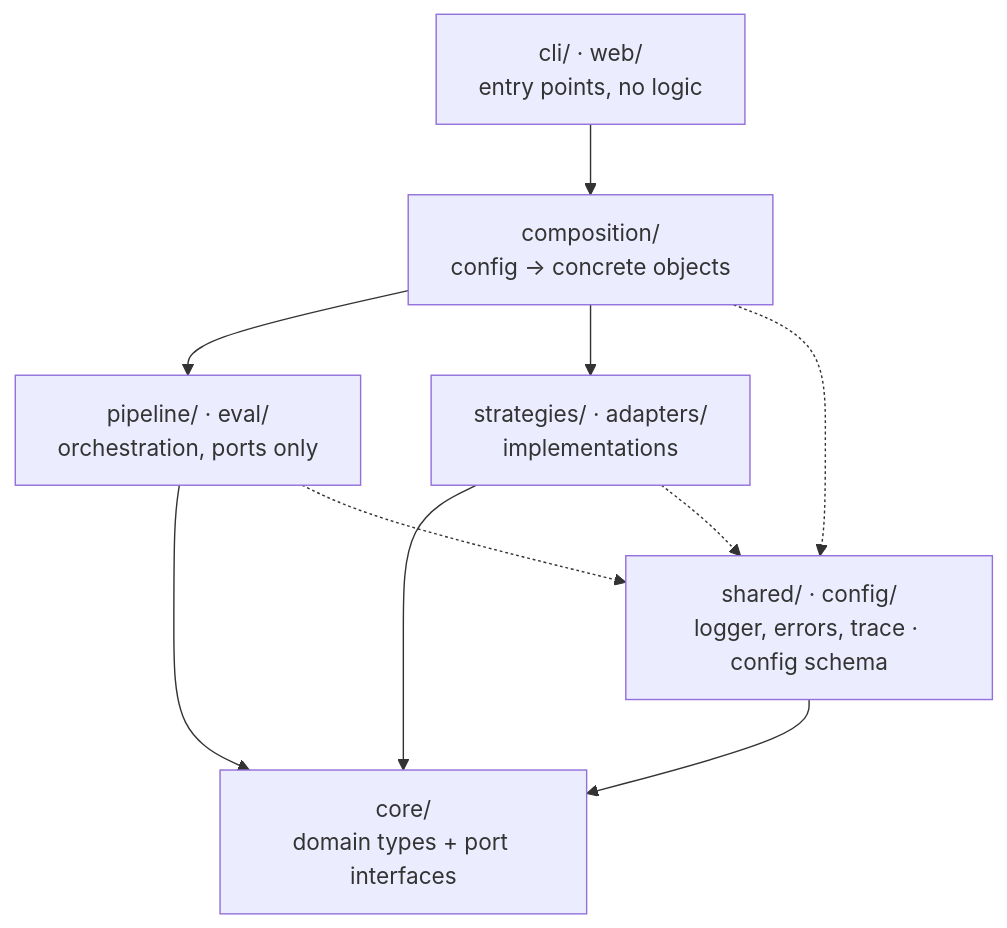
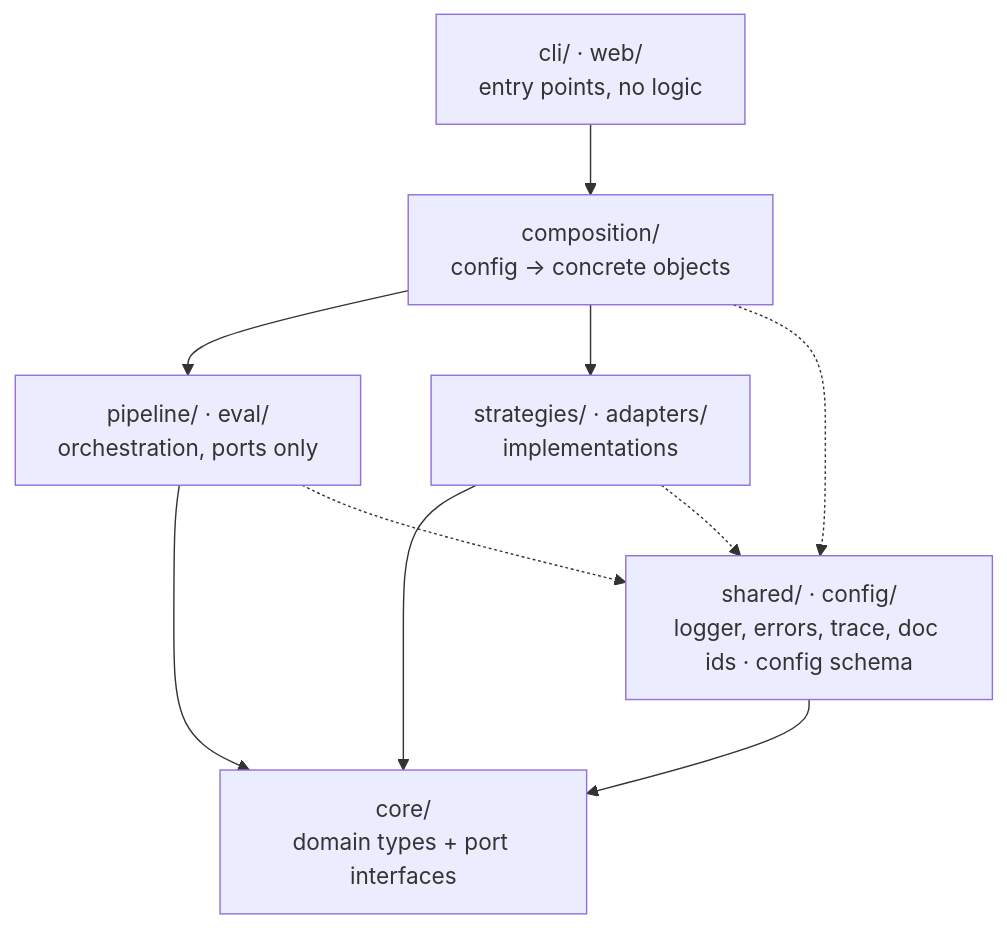
The diagram in docs/architecture.md (Shenandoah26-05/RAG_Book), drawn with Mermaid before and after one commit. The commit also changed other lines of this file and 35 other files, not shown here.

````diff
--- a/docs/architecture.md
+++ b/docs/architecture.md
@@ -9,19 +9,19 @@
 ```mermaid
 flowchart TD
   entry["cli/ · web/<br/>entry points, no logic"]
   comp["composition/<br/>config → concrete objects"]
   orch["pipeline/ · eval/<br/>orchestration, ports only"]
   impl["strategies/ · adapters/<br/>implementations"]
   core["core/<br/>domain types + port interfaces"]
-  side["shared/ · config/<br/>logger, errors, trace · config schema"]
+  side["shared/ · config/<br/>logger, errors, trace, doc ids · config schema"]
 
   entry --> comp
   comp --> orch
   comp --> impl
   orch --> core
   impl --> core
   comp -.-> side
   orch -.-> side
   impl -.-> side
   side --> core
 ```
````
